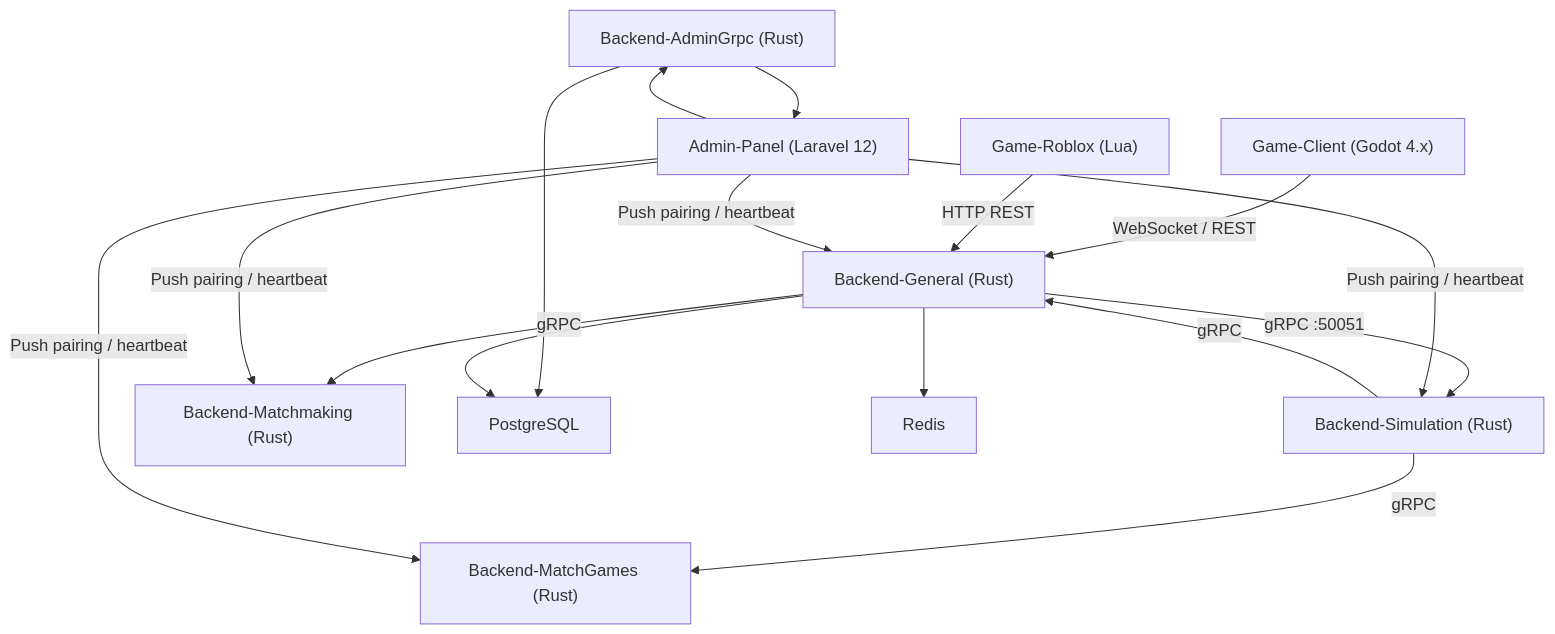
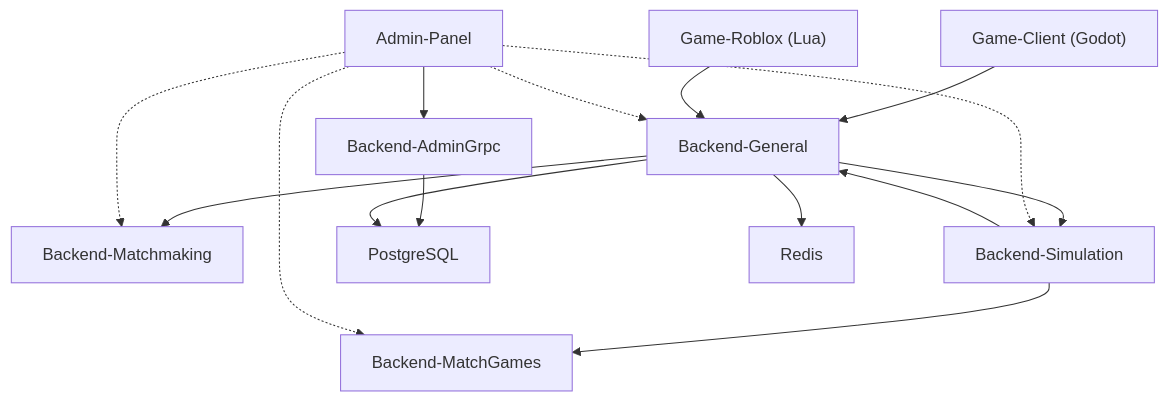
One commit to YueMi-Development/Auto-Chess-Game changed the diagram in README.md. Above: the diagram before and after it, drawn with Mermaid. The commit also changed other lines of this file, not shown here.

````diff
--- a/README.md
+++ b/README.md
@@ -8,29 +33,28 @@
 ```mermaid
 flowchart TD
-    Client["Game-Client (Godot 4.x)"]
+    Client["Game-Client (Godot)"]
     Roblox["Game-Roblox (Lua)"]
-    AdminGrpc["Backend-AdminGrpc (Rust)"]
-    Gen["Backend-General (Rust)"]
-    Sim["Backend-Simulation (Rust)"]
-    Match["Backend-MatchGames (Rust)"]
-    Matchmake["Backend-Matchmaking (Rust)"]
+    Gen["Backend-General"]
+    Matchmake["Backend-Matchmaking"]
+    Sim["Backend-Simulation"]
+    Match["Backend-MatchGames"]
+    AdminGrpc["Backend-AdminGrpc"]
+    Admin["Admin-Panel"]
     DB["PostgreSQL"]
     Redis["Redis"]
-    Admin["Admin-Panel (Laravel 12)"]
 
-    Client --"WebSocket / REST"--> Gen
-    Roblox --"HTTP REST"--> Gen
-    Gen --"gRPC :50051"--> Sim
-    Gen --"gRPC"--> Matchmake
-    Sim --"gRPC"--> Match
-    Sim --"gRPC"--> Gen
+    Client --> Gen
+    Roblox --> Gen
+    Gen --> Matchmake
+    Gen --> Sim
+    Sim --> Match
+    Sim --> Gen
     AdminGrpc --> DB
     Admin --> AdminGrpc
-    AdminGrpc --> Admin
     Gen --> DB
     Gen --> Redis
-    Admin --"Push pairing / heartbeat"--> Gen
-    Admin --"Push pairing / heartbeat"--> Sim
-    Admin --"Push pairing / heartbeat"--> Matchmake
-    Admin --"Push pairing / heartbeat"--> Match
+    Admin -.-> Gen
+    Admin -.-> Matchmake
+    Admin -.-> Sim
+    Admin -.-> Match
 ```
````
